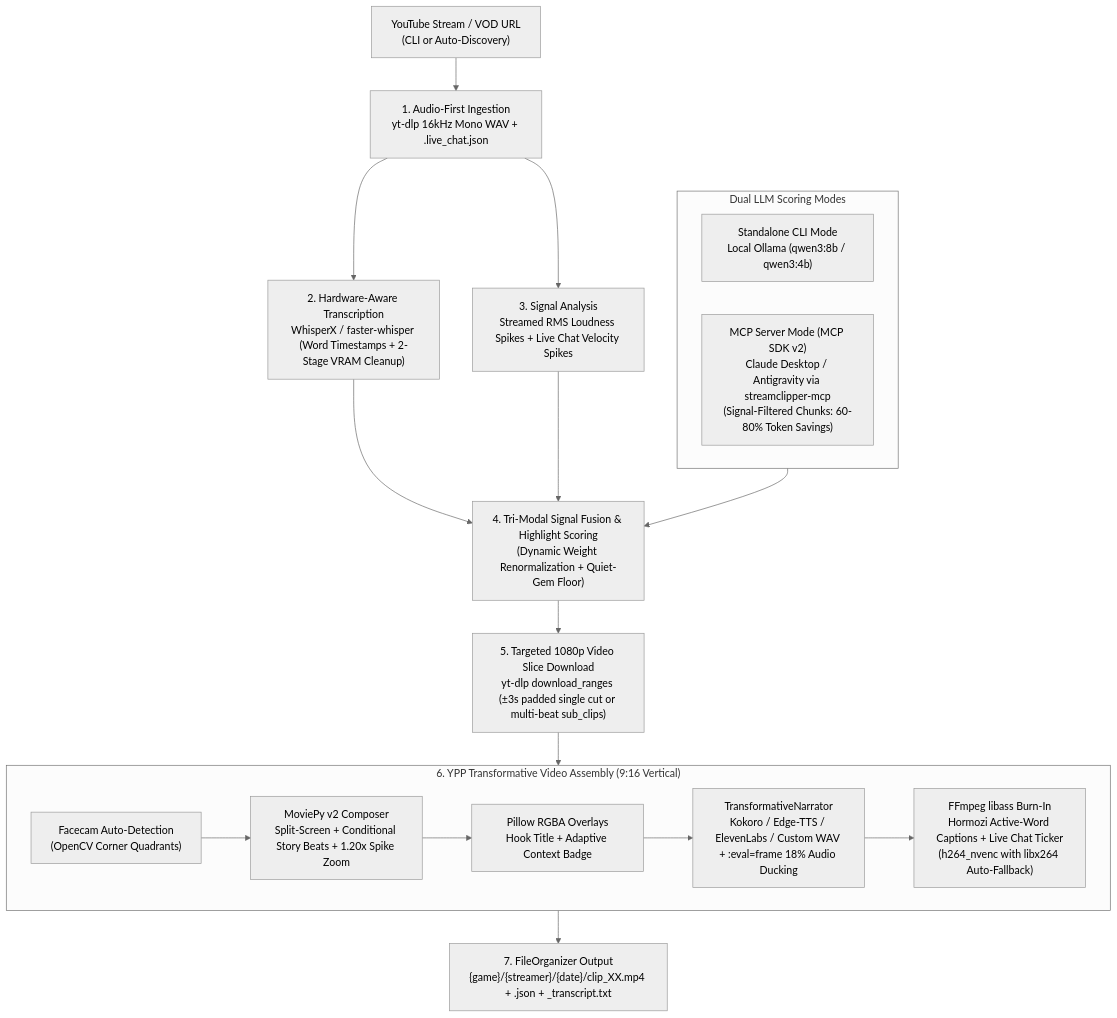
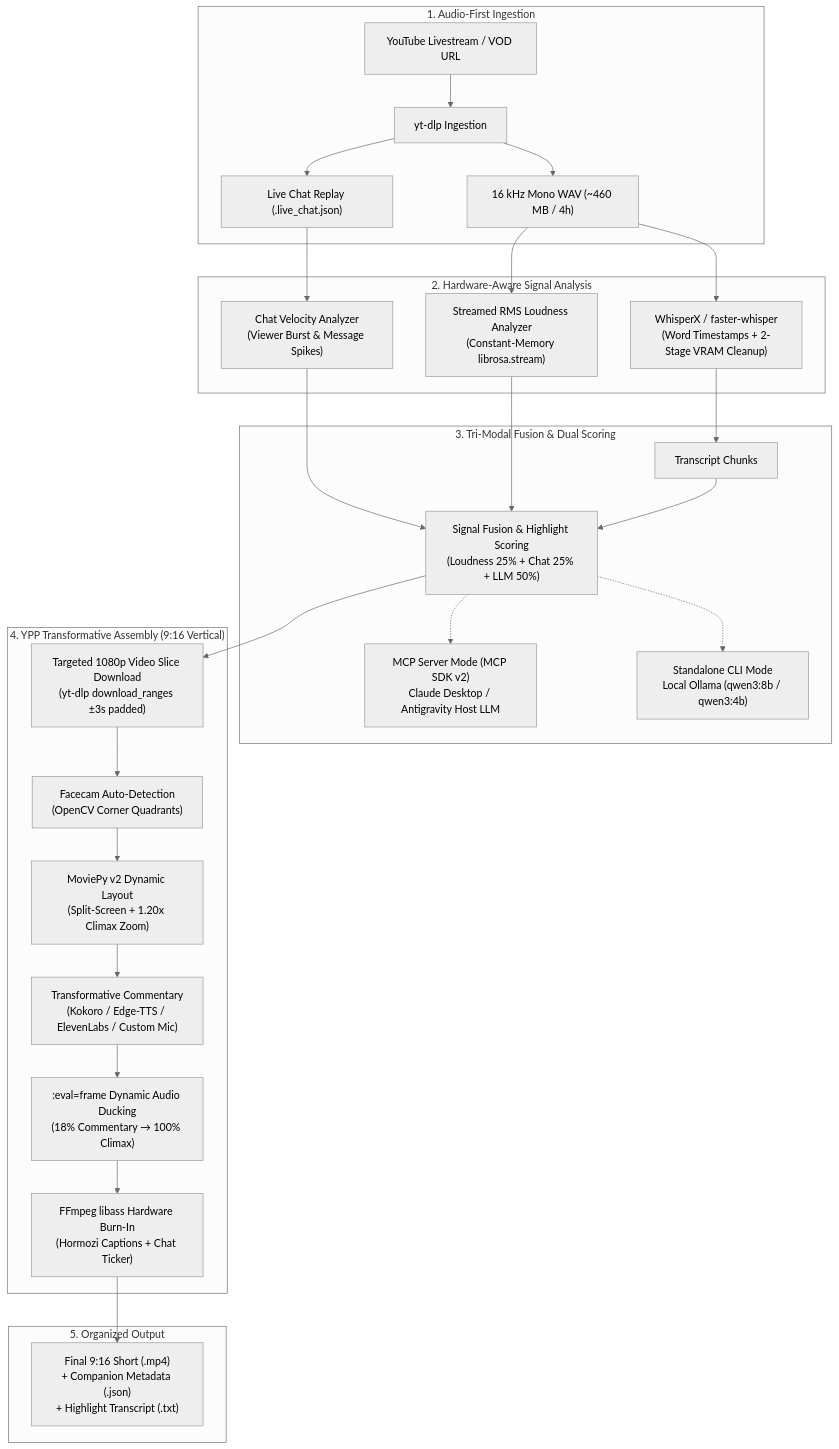
The first of 4 diagrams in README.md (PrakashD2003/Clipper), drawn with Mermaid (neutral theme) before and after one commit. The commit also changed other lines of this file, not shown here.

Commit message:
docs: update README with architecture diagrams, hardware profiles, and workflow guides

````diff
--- a/README.md
+++ b/README.md
@@ -11,29 +35,37 @@
 ```mermaid
 flowchart TB
-    Input["YouTube Stream / VOD URL<br/>(CLI or Auto-Discovery)"] --> Audio["1. Audio-First Ingestion<br/>yt-dlp 16kHz Mono WAV + .live_chat.json"]
-    Audio --> Transcribe["2. Hardware-Aware Transcription<br/>WhisperX / faster-whisper (Word Timestamps + 2-Stage VRAM Cleanup)"]
-    Audio --> Signals["3. Signal Analysis<br/>Streamed RMS Loudness Spikes + Live Chat Velocity Spikes"]
-
-    Transcribe --> Fusion["4. Tri-Modal Signal Fusion & Highlight Scoring<br/>(Dynamic Weight Renormalization + Quiet-Gem Floor)"]
-    Signals --> Fusion
-
-    subgraph Scoring ["Dual LLM Scoring Modes"]
-        Ollama["Standalone CLI Mode<br/>Local Ollama (qwen3:8b / qwen3:4b)"]
-        MCP["MCP Server Mode (MCP SDK v2)<br/>Claude Desktop / Antigravity via streamclipper-mcp<br/>(Signal-Filtered Chunks: 60-80% Token Savings)"]
+    subgraph Ingestion ["1. Audio-First Ingestion"]
+        URL["YouTube Livestream / VOD URL"] --> YTDL["yt-dlp Ingestion"]
+        YTDL --> WAV["16 kHz Mono WAV (~460 MB / 4h)"]
+        YTDL --> Chat["Live Chat Replay (.live_chat.json)"]
     end
 
-    Scoring --> Fusion
-    Fusion --> SegDL["5. Targeted 1080p Video Slice Download<br/>yt-dlp download_ranges (±3s padded single cut or multi-beat sub_clips)"]
-
-    subgraph Assembly ["6. YPP Transformative Video Assembly (9:16 Vertical)"]
-        Facecam["Facecam Auto-Detection<br/>(OpenCV Corner Quadrants)"]
-        Compose["MoviePy v2 Composer<br/>Split-Screen + Conditional Story Beats + 1.20x Spike Zoom"]
-        Hooks["Pillow RGBA Overlays<br/>Hook Title + Adaptive Context Badge"]
-        Narrator["TransformativeNarrator<br/>Kokoro / Edge-TTS / ElevenLabs / Custom WAV + :eval=frame 18% Audio Ducking"]
-        ASS["FFmpeg libass Burn-In<br/>Hormozi Active-Word Captions + Live Chat Ticker<br/>(h264_nvenc with libx264 Auto-Fallback)"]
-        Facecam --> Compose --> Hooks --> Narrator --> ASS
+    subgraph SignalAnalysis ["2. Hardware-Aware Signal Analysis"]
+        WAV --> Whisper["WhisperX / faster-whisper<br/>(Word Timestamps + 2-Stage VRAM Cleanup)"]
+        WAV --> Loudness["Streamed RMS Loudness Analyzer<br/>(Constant-Memory librosa.stream)"]
+        Chat --> Velocity["Chat Velocity Analyzer<br/>(Viewer Burst & Message Spikes)"]
     end
 
-    SegDL --> Assembly
-    Assembly --> Output["7. FileOrganizer Output<br/>{game}/{streamer}/{date}/clip_XX.mp4 + .json + _transcript.txt"]
+    subgraph ScoringEngine ["3. Tri-Modal Fusion & Dual Scoring"]
+        Whisper --> Chunks["Transcript Chunks"]
+        Loudness --> Fusion["Signal Fusion & Highlight Scoring<br/>(Loudness 25% + Chat 25% + LLM 50%)"]
+        Velocity --> Fusion
+        Chunks --> Fusion
+
+        Fusion -.-> Ollama["Standalone CLI Mode<br/>Local Ollama (qwen3:8b / qwen3:4b)"]
+        Fusion -.-> MCPServer["MCP Server Mode (MCP SDK v2)<br/>Claude Desktop / Antigravity Host LLM"]
+    end
+
+    subgraph VideoAssembly ["4. YPP Transformative Assembly (9:16 Vertical)"]
+        Fusion --> RangeDL["Targeted 1080p Video Slice Download<br/>(yt-dlp download_ranges &plusmn;3s padded)"]
+        RangeDL --> Facecam["Facecam Auto-Detection<br/>(OpenCV Corner Quadrants)"]
+        Facecam --> Compose["MoviePy v2 Dynamic Layout<br/>(Split-Screen + 1.20x Climax Zoom)"]
+        Compose --> Narrator["Transformative Commentary<br/>(Kokoro / Edge-TTS / ElevenLabs / Custom Mic)"]
+        Narrator --> Ducking[":eval=frame Dynamic Audio Ducking<br/>(18% Commentary &rarr; 100% Climax)"]
+        Ducking --> ASS["FFmpeg libass Hardware Burn-In<br/>(Hormozi Captions + Chat Ticker)"]
+    end
+
+    subgraph Distribution ["5. Organized Output"]
+        ASS --> Outputs["Final 9:16 Short (.mp4)<br/>+ Companion Metadata (.json)<br/>+ Highlight Transcript (.txt)"]
+    end
 ```
````
